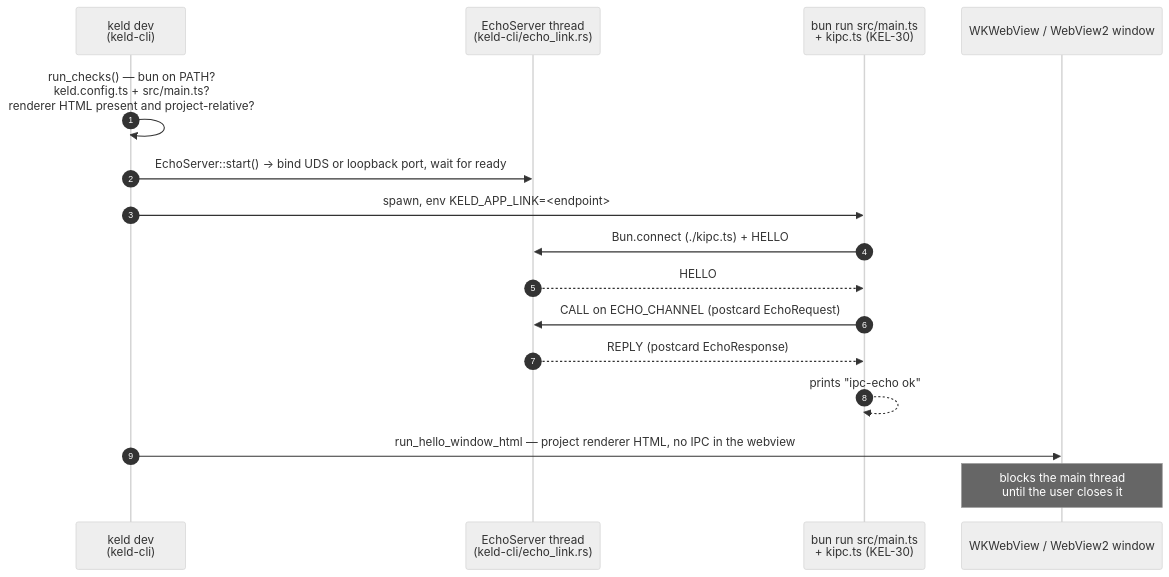
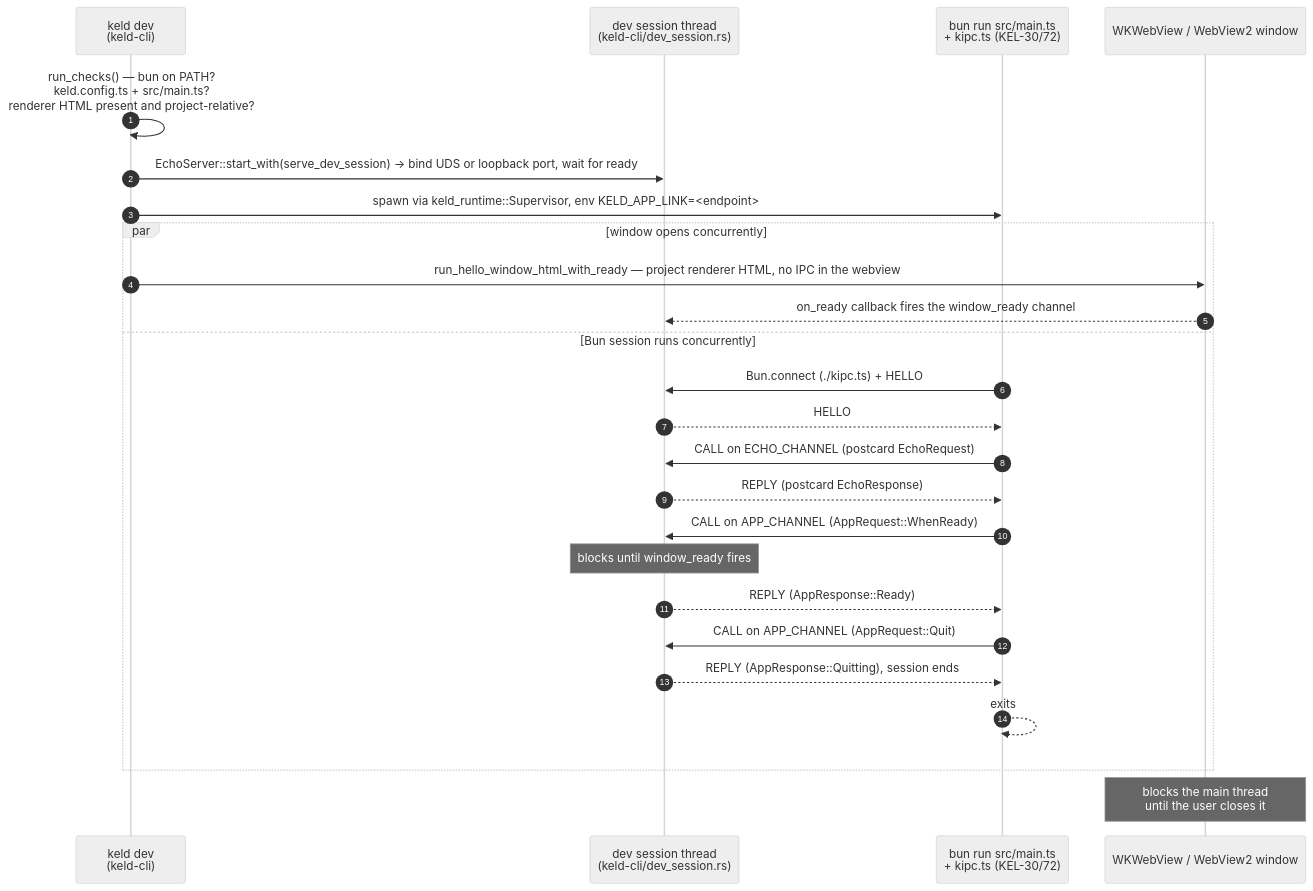
One commit to gyldlab/keld changed the second of 3 diagrams in docs/onboarding/02-architecture-guide.md. Above: the diagram before and after it, drawn with Mermaid (neutral theme). The commit also changed other lines of this file and 18 other files, not shown here.

First line of the commit message:
feat(compat): app.whenReady()/app.quit() over kipc (KEL-72)

````diff
--- a/docs/onboarding/02-architecture-guide.md
+++ b/docs/onboarding/02-architecture-guide.md
@@ -250,19 +250,28 @@
 ```mermaid
 sequenceDiagram
     autonumber
     participant CLI as keld dev<br/>(keld-cli)
-    participant Srv as EchoServer thread<br/>(keld-cli/echo_link.rs)
-    participant Bun as bun run src/main.ts<br/>+ kipc.ts (KEL-30)
+    participant Srv as dev session thread<br/>(keld-cli/dev_session.rs)
+    participant Bun as bun run src/main.ts<br/>+ kipc.ts (KEL-30/72)
     participant Win as WKWebView / WebView2 window
 
     CLI->>CLI: run_checks() — bun on PATH?<br/>keld.config.ts + src/main.ts?<br/>renderer HTML present and project-relative?
-    CLI->>Srv: EchoServer::start() → bind UDS or loopback port, wait for ready
-    CLI->>Bun: spawn, env KELD_APP_LINK=<endpoint>#<token>
-    Bun->>Srv: Bun.connect (./kipc.ts) + HELLO
-    Srv-->>Bun: HELLO
-    Bun->>Srv: CALL on ECHO_CHANNEL (postcard EchoRequest)
-    Srv-->>Bun: REPLY (postcard EchoResponse)
-    Bun-->>Bun: prints "ipc-echo ok"
-    CLI->>Win: run_hello_window_html — project renderer HTML, no IPC in the webview
+    CLI->>Srv: EchoServer::start_with(serve_dev_session) → bind UDS or loopback port, wait for ready
+    CLI->>Bun: spawn via keld_runtime::Supervisor, env KELD_APP_LINK=<endpoint>#<token>
+    par window opens concurrently
+        CLI->>Win: run_hello_window_html_with_ready — project renderer HTML, no IPC in the webview
+        Win-->>Srv: on_ready callback fires the window_ready channel
+    and Bun session runs concurrently
+        Bun->>Srv: Bun.connect (./kipc.ts) + HELLO
+        Srv-->>Bun: HELLO
+        Bun->>Srv: CALL on ECHO_CHANNEL (postcard EchoRequest)
+        Srv-->>Bun: REPLY (postcard EchoResponse)
+        Bun->>Srv: CALL on APP_CHANNEL (AppRequest::WhenReady)
+        Note over Srv: blocks until window_ready fires
+        Srv-->>Bun: REPLY (AppResponse::Ready)
+        Bun->>Srv: CALL on APP_CHANNEL (AppRequest::Quit)
+        Srv-->>Bun: REPLY (AppResponse::Quitting), session ends
+        Bun-->>Bun: exits
+    end
     Note over Win: blocks the main thread<br/>until the user closes it
 ```
````
